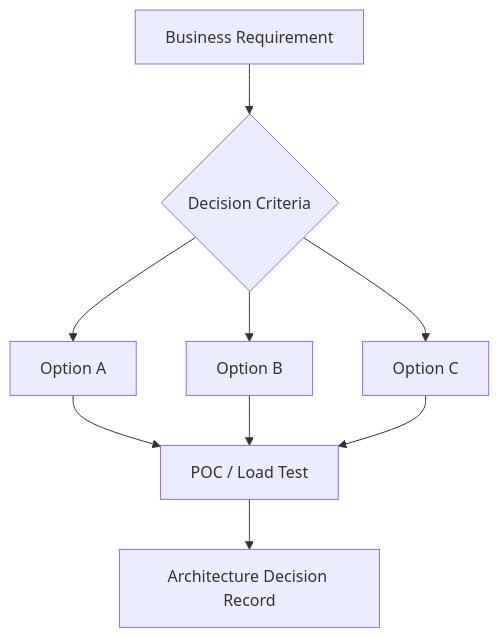
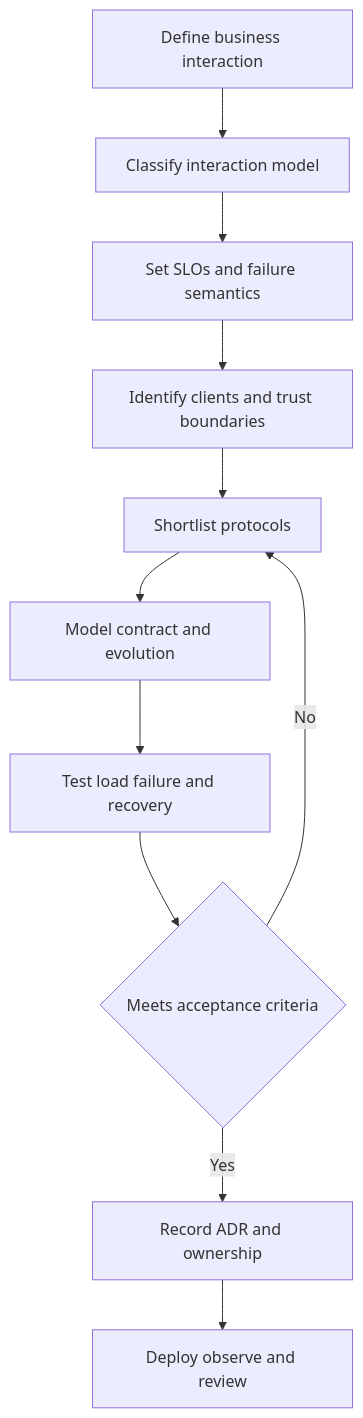
One commit to pradeep2Tech/pradeep2Tech.github.io changed the first of 3 diagrams in content/technology-playbook/how-to-choose-api-protocol.md. Above: the diagram before and after it, drawn with Mermaid. The commit also changed other lines of this file and 10 other files, not shown here.

````diff
--- a/content/technology-playbook/how-to-choose-api-protocol.md
+++ b/content/technology-playbook/how-to-choose-api-protocol.md
@@ -32,11 +74,13 @@
 ```mermaid
 flowchart TD
-  req[Business Requirement] --> criteria{Decision Criteria}
-  criteria --> optionA[Option A]
-  criteria --> optionB[Option B]
-  criteria --> optionC[Option C]
-  optionA --> validate[POC / Load Test]
-  optionB --> validate
-  optionC --> validate
-  validate --> decision[Architecture Decision Record]
+  A[Define business interaction] --> B[Classify interaction model]
+  B --> C[Set SLOs and failure semantics]
+  C --> D[Identify clients and trust boundaries]
+  D --> E[Shortlist protocols]
+  E --> F[Model contract and evolution]
+  F --> G[Test load failure and recovery]
+  G --> H{Meets acceptance criteria}
+  H -->|No| E
+  H -->|Yes| I[Record ADR and ownership]
+  I --> J[Deploy observe and review]
 ```
````
